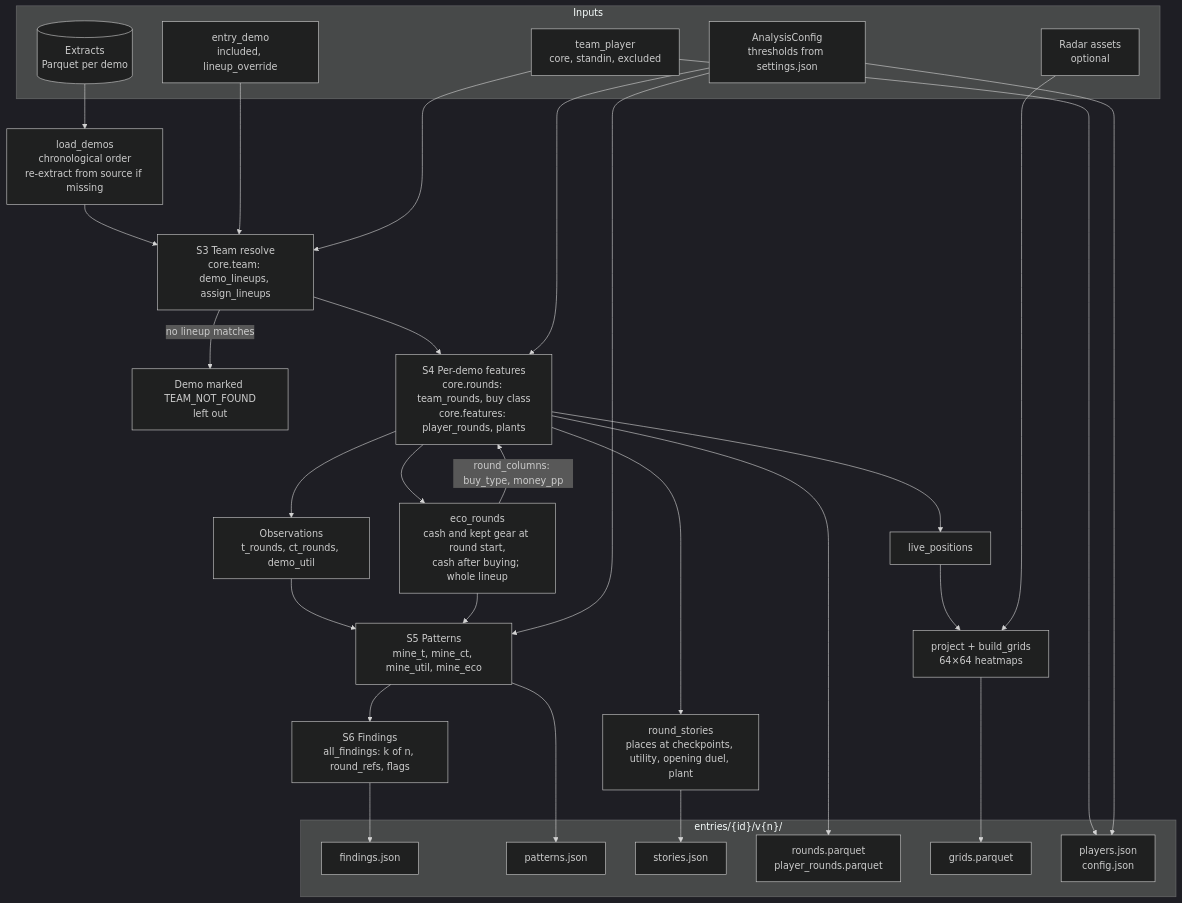
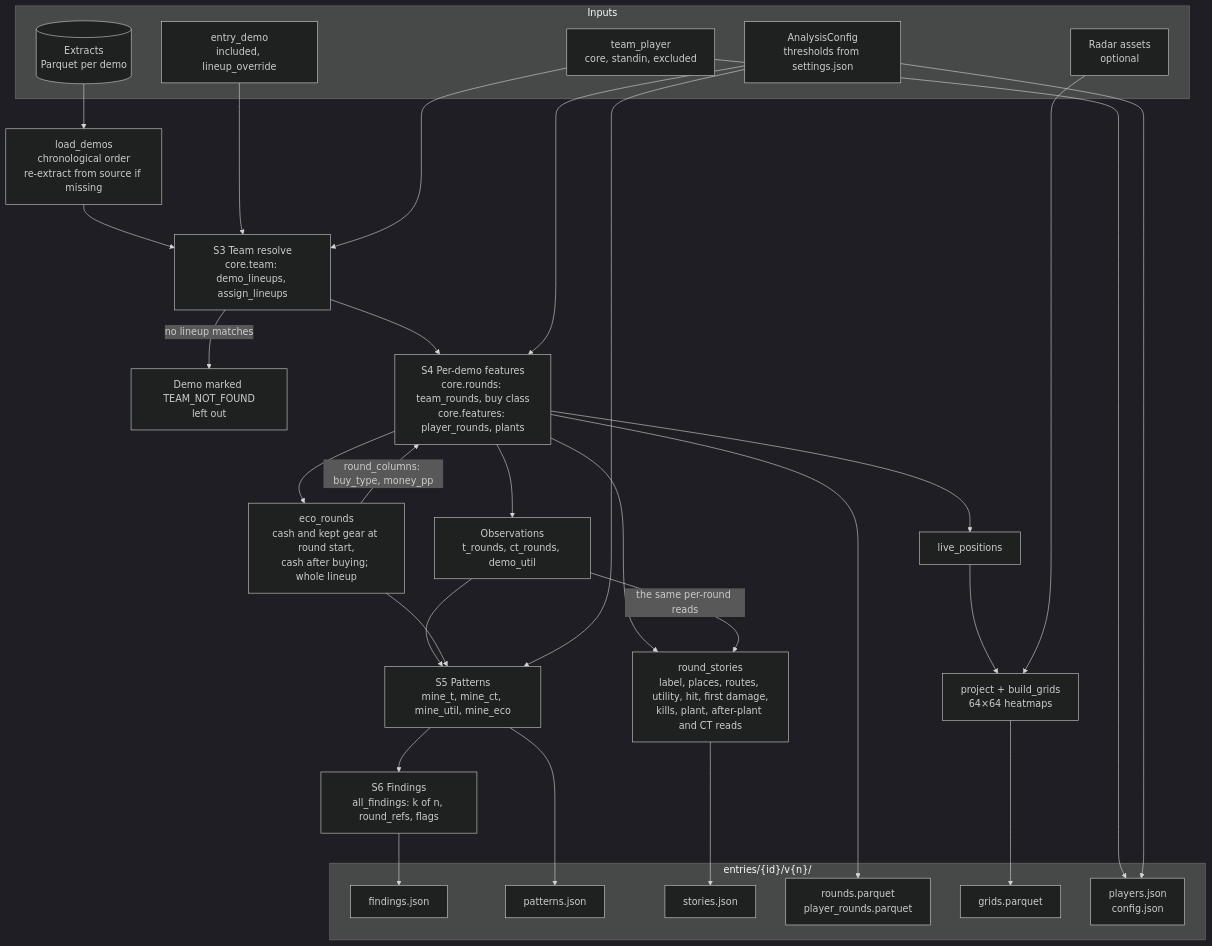
The first of 3 diagrams in docs/workflows/analysis.md (GeorgeMac06/CS2-demo-analyser), drawn with Mermaid (dark theme) before and after one commit. The commit also changed 17 other files, not shown here.

First line of the commit message:
Add a label, first damage, and CT and after-plant lines to round stories

````diff
--- a/docs/workflows/analysis.md
+++ b/docs/workflows/analysis.md
@@ -24,45 +24,46 @@
 ```mermaid
 flowchart TD
   subgraph IN["Inputs"]
     EX[("Extracts<br/>Parquet per demo")]
     ED["entry_demo<br/>included, lineup_override"]
     RO["team_player<br/>core, standin, excluded"]
     CFG["AnalysisConfig<br/>thresholds from settings.json"]
     RAD["Radar assets<br/>optional"]
   end
 
   EX --> LD["load_demos<br/>chronological order<br/>re-extract from source if missing"]
   LD --> S3["S3 Team resolve<br/>core.team: demo_lineups, assign_lineups"]
   ED --> S3
   RO --> S3
   S3 -->|no lineup matches| TNF["Demo marked TEAM_NOT_FOUND<br/>left out"]
   S3 --> S4["S4 Per-demo features<br/>core.rounds: team_rounds, buy class<br/>core.features: player_rounds, plants"]
   CFG --> S4
   S4 --> ECO["eco_rounds<br/>cash and kept gear at round start,<br/>cash after buying; whole lineup"]
   ECO -->|"round_columns: buy_type, money_pp"| S4
   S4 --> OBS["Observations<br/>t_rounds, ct_rounds, demo_util"]
-  S4 --> ST["round_stories<br/>places at checkpoints, utility, opening duel, plant"]
+  S4 --> ST["round_stories<br/>label, places, routes, utility, hit, first damage,<br/>kills, plant, after-plant and CT reads"]
+  OBS -->|"the same per-round reads"| ST
   S4 --> POS["live_positions"]
   OBS --> S5["S5 Patterns<br/>mine_t, mine_ct, mine_util, mine_eco"]
   ECO --> S5
   CFG --> S5
   S5 --> S6["S6 Findings<br/>all_findings: k of n, round_refs, flags"]
   POS --> GR["project + build_grids<br/>64×64 heatmaps"]
   RAD --> GR
 
   subgraph OUT["entries/{id}/v{n}/"]
     F1["findings.json"]
     F2["patterns.json"]
     F3["stories.json"]
     F4["rounds.parquet<br/>player_rounds.parquet"]
     F5["grids.parquet"]
     F6["players.json<br/>config.json"]
   end
   S6 --> F1
   S5 --> F2
   ST --> F3
   S4 --> F4
   GR --> F5
   RO --> F6
   CFG --> F6
 ```
````
